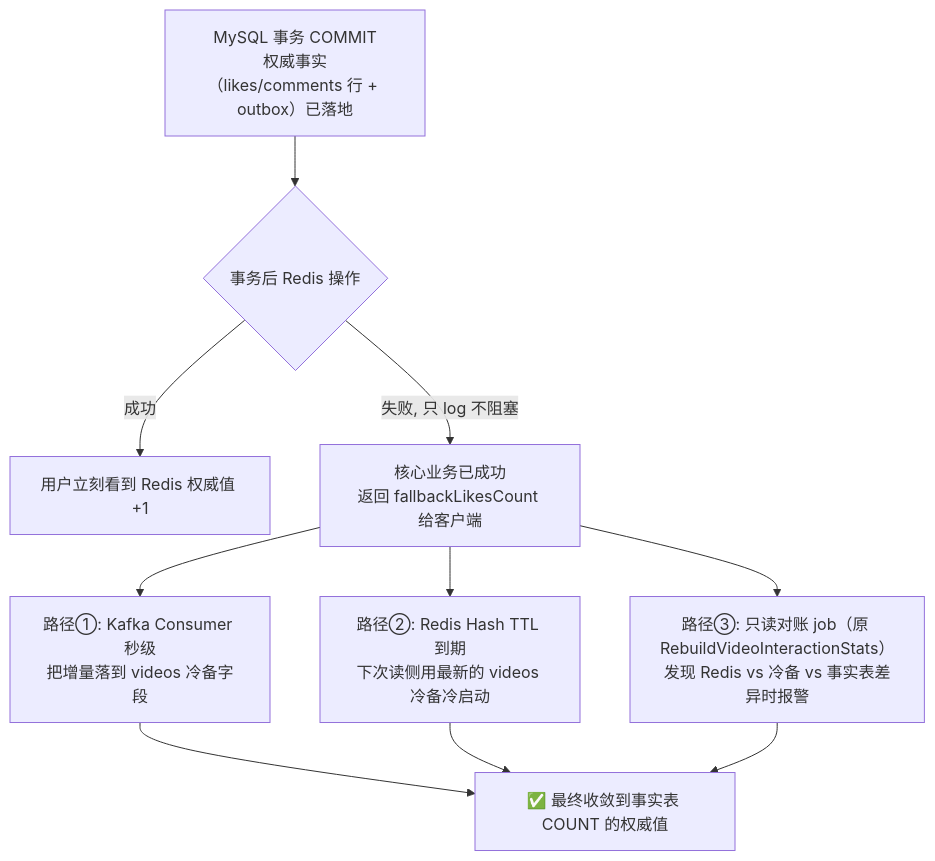
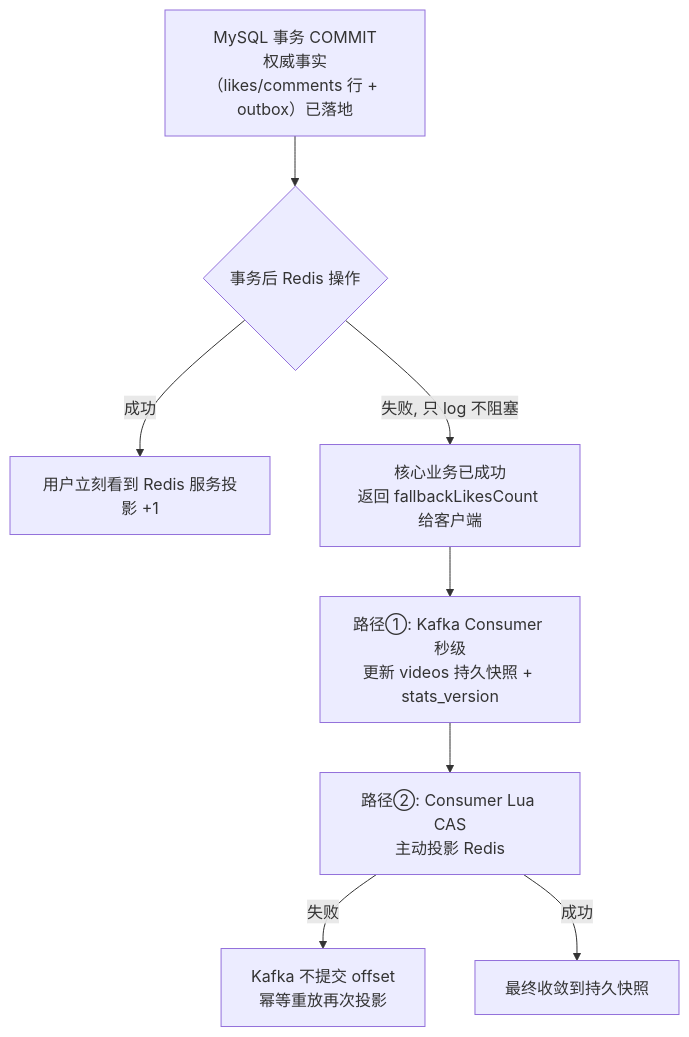
Diagram 24 of 24 in docs/PROJECT_OVERVIEW.md (Redeemz473/feedsystem-zero), drawn with Mermaid before and after one commit. The commit also changed other lines of this file and 38 other files, not shown here.

````diff
--- a/docs/PROJECT_OVERVIEW.md
+++ b/docs/PROJECT_OVERVIEW.md
@@ -3470,10 +3508,10 @@
 ```mermaid
 flowchart TD
     A[MySQL 事务 COMMIT<br/>权威事实（likes/comments 行 + outbox）已落地] --> B{事务后 Redis 操作}
-    B -->|成功| C[用户立刻看到 Redis 权威值 +1]
+    B -->|成功| C[用户立刻看到 Redis 服务投影 +1]
     B -->|失败, 只 log 不阻塞| D[核心业务已成功<br/>返回 fallbackLikesCount 给客户端]
-    D --> E1[路径①: Kafka Consumer 秒级<br/>把增量落到 videos 冷备字段]
-    D --> E2[路径②: Redis Hash TTL 到期<br/>下次读侧用最新的 videos 冷备冷启动]
-    D --> E3[路径③: 只读对账 job（原 RebuildVideoInteractionStats）<br/>发现 Redis vs 冷备 vs 事实表差异时报警]
-    E1 & E2 & E3 --> F[✅ 最终收敛到事实表 COUNT 的权威值]
+    D --> E1[路径①: Kafka Consumer 秒级<br/>更新 videos 持久快照 + stats_version]
+    E1 --> E2[路径②: Consumer Lua CAS<br/>主动投影 Redis]
+    E2 -->|失败| E3[Kafka 不提交 offset<br/>幂等重放再次投影]
+    E2 -->|成功| F[最终收敛到持久快照]
 ```
````
